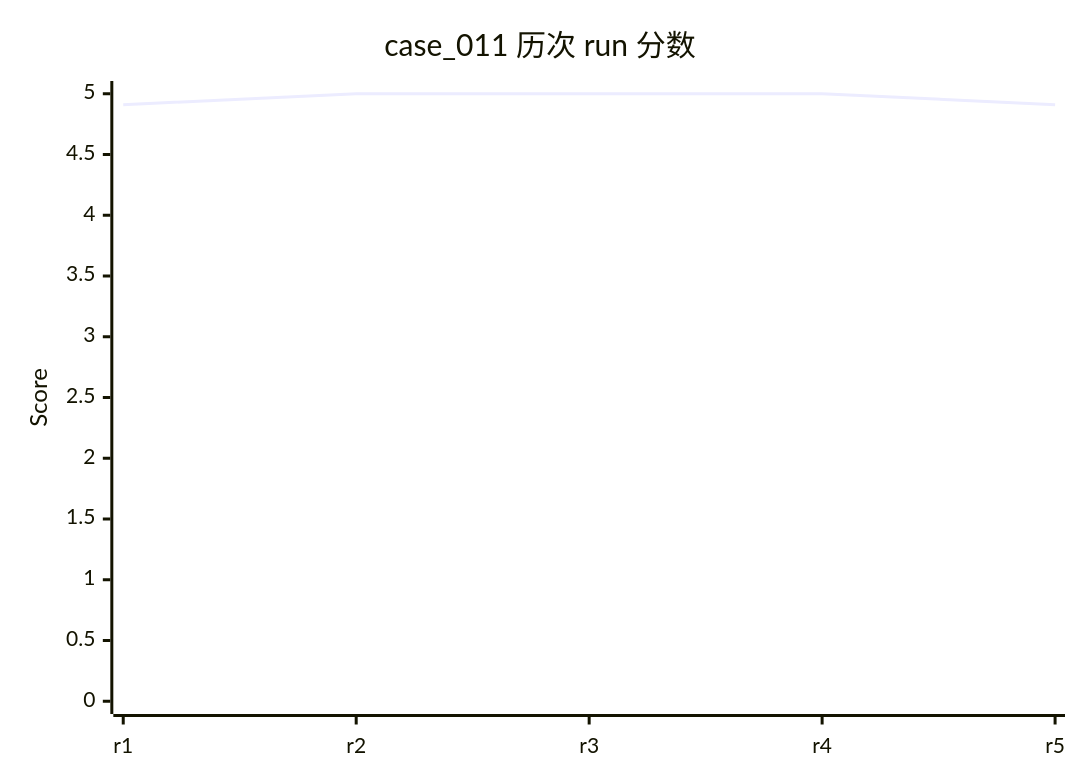
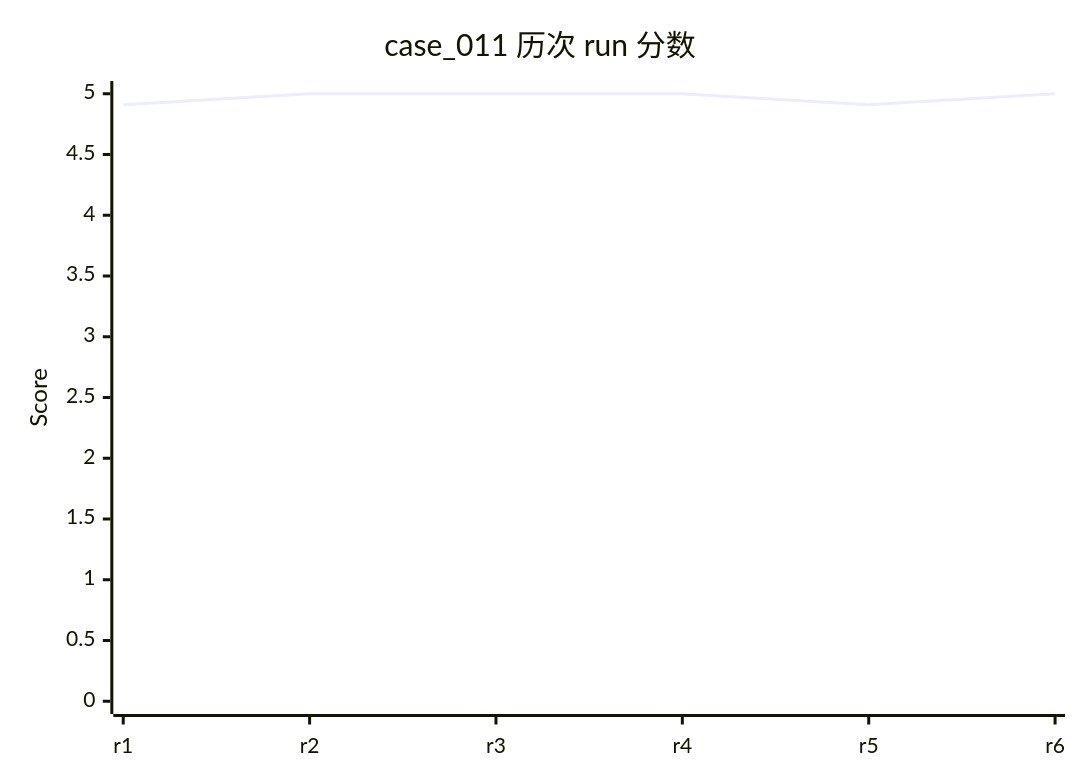
Before and after one commit to rushengzhou/sid-code: diagram 16 of 58 in evals/DASHBOARD.md, drawn with Mermaid. The commit also changed other lines of this file and 53 other files, not shown here.

````diff
--- a/evals/DASHBOARD.md
+++ b/evals/DASHBOARD.md
@@ -388,7 +389,7 @@
 ```mermaid
 xychart-beta
     title "case_011 历次 run 分数"
-    x-axis [r1, r2, r3, r4, r5]
+    x-axis [r1, r2, r3, r4, r5, r6]
     y-axis "Score" 0 --> 5
-    line [4.91, 5.00, 5.00, 5.00, 4.91]
+    line [4.91, 5.00, 5.00, 5.00, 4.91, 5.00]
 ```
````
